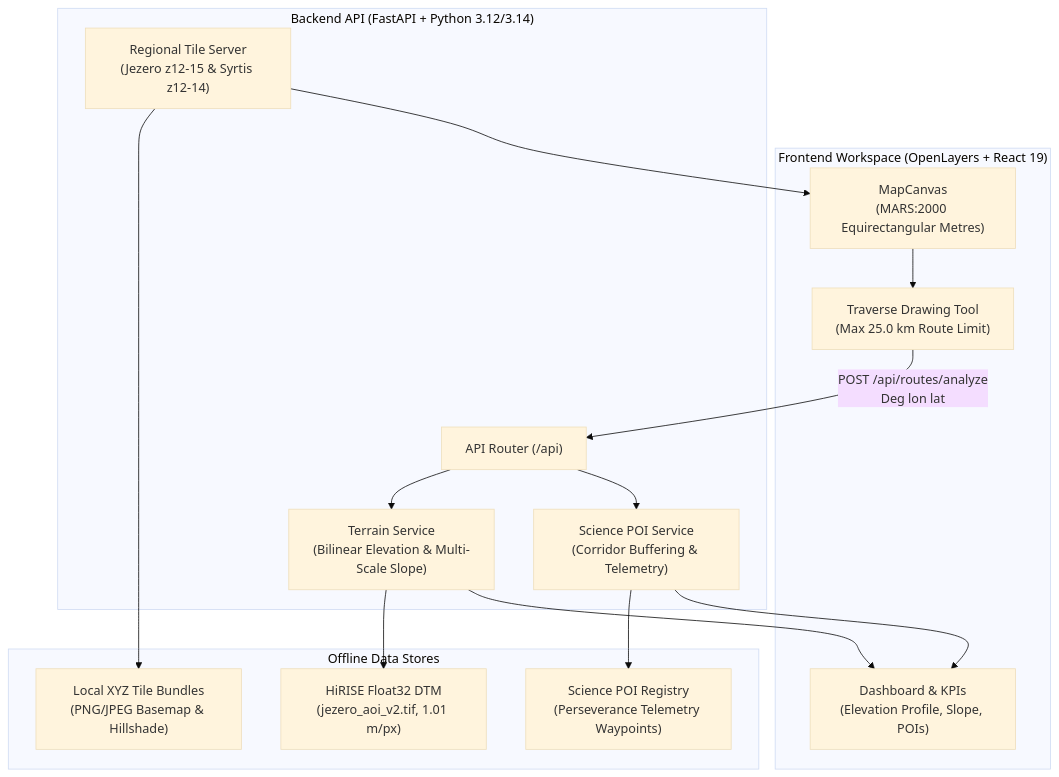
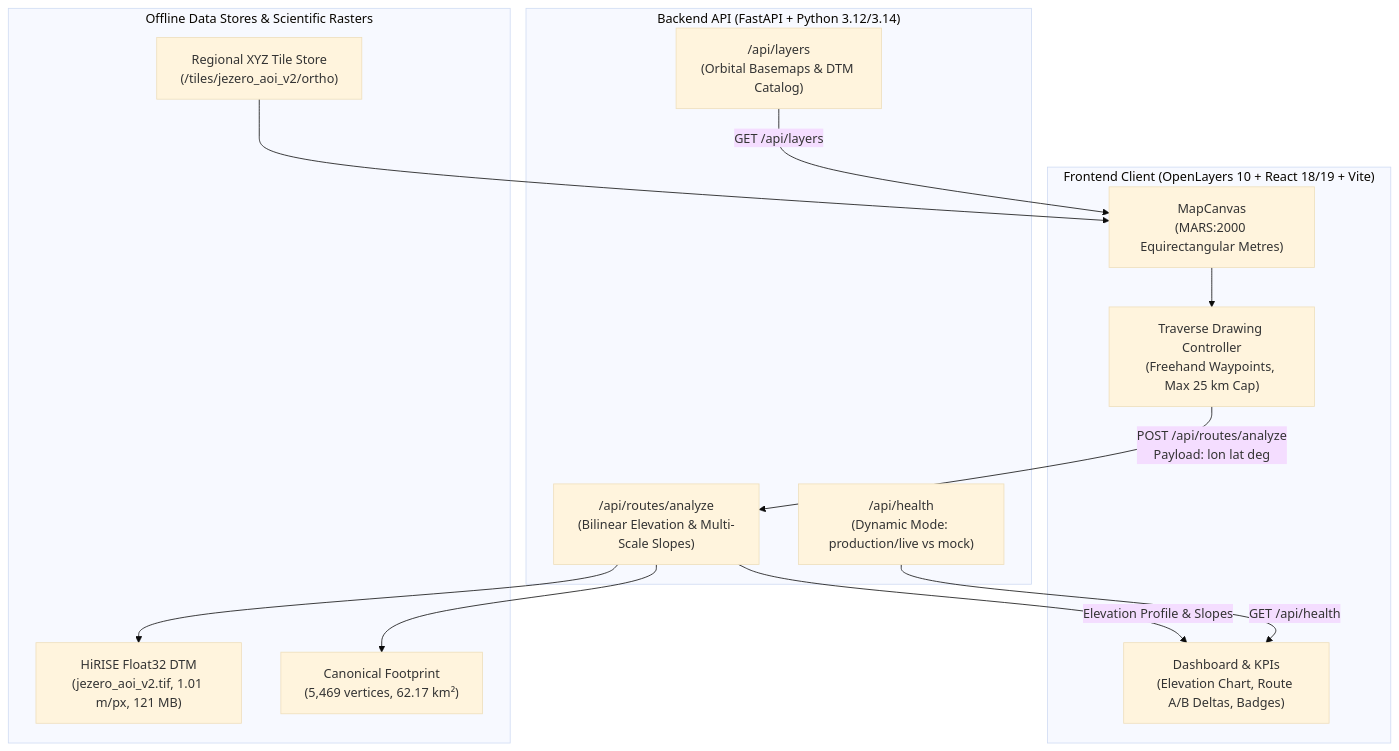
Before and after one commit to MayankSharma-2812/vyompath-spaceapps-2026: the diagram in README.md, drawn with Mermaid (base theme). The commit also changed other lines of this file and 3 other files, not shown here.

````diff
--- a/README.md
+++ b/README.md
@@ -22,32 +50,29 @@
 ```mermaid
 flowchart TD
-    subgraph Browser["Frontend Workspace (OpenLayers + React 19)"]
+    subgraph Frontend["Frontend Client (OpenLayers 10 + React 18/19 + Vite)"]
         Canvas["MapCanvas<br/>(MARS:2000 Equirectangular Metres)"]
-        Draw["Traverse Drawing Tool<br/>(Max 25.0 km Route Limit)"]
-        Dash["Dashboard & KPIs<br/>(Elevation Profile, Slope, POIs)"]
+        Draw["Traverse Drawing Controller<br/>(Freehand Waypoints, Max 25 km Cap)"]
+        Dash["Dashboard & KPIs<br/>(Elevation Chart, Route A/B Deltas, Badges)"]
     end
 
     subgraph Backend["Backend API (FastAPI + Python 3.12/3.14)"]
-        Router["API Router (/api)"]
-        TerrainSvc["Terrain Service<br/>(Bilinear Elevation & Multi-Scale Slope)"]
-        ScienceSvc["Science POI Service<br/>(Corridor Buffering & Telemetry)"]
-        TileSvc["Regional Tile Server<br/>(Jezero z12-15 & Syrtis z12-14)"]
+        Health["/api/health<br/>(Dynamic Mode: production/live vs mock)"]
+        Layers["/api/layers<br/>(Orbital Basemaps & DTM Catalog)"]
+        RouteAPI["/api/routes/analyze<br/>(Bilinear Elevation & Multi-Scale Slopes)"]
     end
 
-    subgraph DataStore["Offline Data Stores"]
-        DTM["HiRISE Float32 DTM<br/>(jezero_aoi_v2.tif, 1.01 m/px)"]
-        Tiles["Local XYZ Tile Bundles<br/>(PNG/JPEG Basemap & Hillshade)"]
-        POIs["Science POI Registry<br/>(Perseverance Telemetry Waypoints)"]
+    subgraph DataStore["Offline Data Stores & Scientific Rasters"]
+        DTM["HiRISE Float32 DTM<br/>(jezero_aoi_v2.tif, 1.01 m/px, 121 MB)"]
+        Footprint["Canonical Footprint<br/>(5,469 vertices, 62.17 km²)"]
+        Tiles["Regional XYZ Tile Store<br/>(/tiles/jezero_aoi_v2/ortho)"]
     end
 
     Canvas --> Draw
-    Draw -->|POST /api/routes/analyze<br/>Deg lon lat| Router
-    Router --> TerrainSvc
-    Router --> ScienceSvc
-    TerrainSvc --> DTM
-    ScienceSvc --> POIs
-    TileSvc --> Tiles
-    TileSvc --> Canvas
-    TerrainSvc --> Dash
-    ScienceSvc --> Dash
+    Draw -->|POST /api/routes/analyze<br/>Payload: lon lat deg| RouteAPI
+    Health -->|GET /api/health| Dash
+    Layers -->|GET /api/layers| Canvas
+    RouteAPI --> DTM
+    RouteAPI --> Footprint
+    Tiles --> Canvas
+    RouteAPI -->|Elevation Profile & Slopes| Dash
 ```
````
